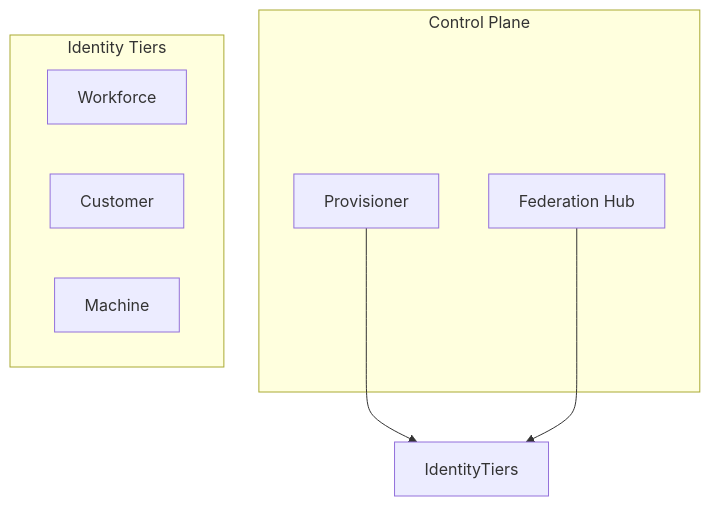
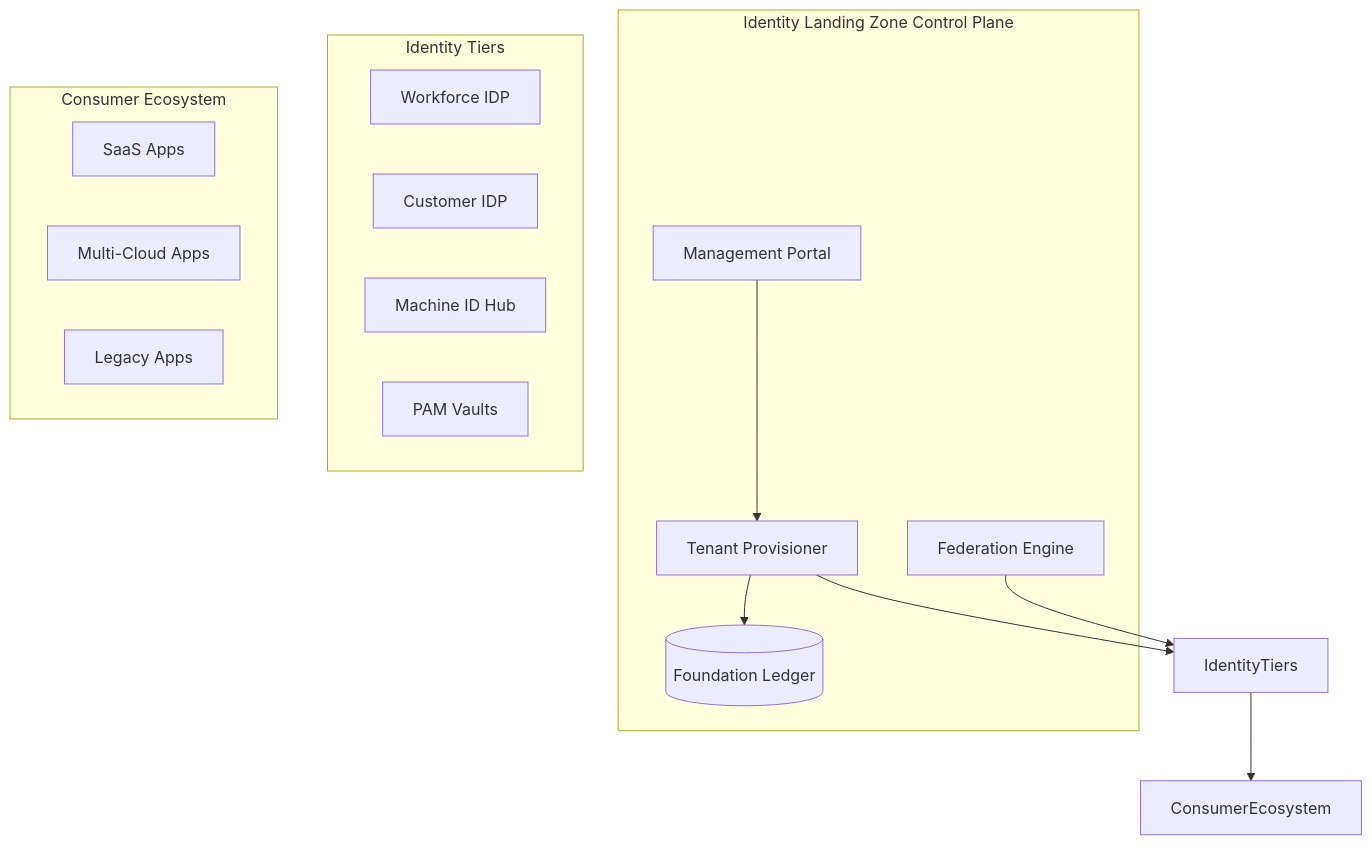
Before and after one commit to Devopstrio/identity-landingzone: the first of 30 diagrams in README.md, drawn with Mermaid. The commit also changed other lines of this file, not shown here.

Commit message:
docs: finalize premium institutional-grade README with 30+ diagrams and executive summary

````diff
--- a/README.md
+++ b/README.md
@@ -23,14 +59,28 @@
 ```mermaid
 graph TD
-    subgraph "Control Plane"
-        Prov[Provisioner]
-        Fed[Federation Hub]
+    subgraph "Identity Landing Zone Control Plane"
+        Portal[Management Portal]
+        Provisioner[Tenant Provisioner]
+        Federation[Federation Engine]
+        DB[(Foundation Ledger)]
     end
+
     subgraph "Identity Tiers"
-        Work[Workforce]
-        Cust[Customer]
-        Mach[Machine]
+        Workforce[Workforce IDP]
+        Customer[Customer IDP]
+        Machine[Machine ID Hub]
+        Privileged[PAM Vaults]
     end
-    Prov --> IdentityTiers
-    Fed --> IdentityTiers
+
+    subgraph "Consumer Ecosystem"
+        SaaS[SaaS Apps]
+        Cloud[Multi-Cloud Apps]
+        OnPrem[Legacy Apps]
+    end
+
+    Portal --> Provisioner
+    Provisioner --> IdentityTiers
+    Federation --> IdentityTiers
+    IdentityTiers --> ConsumerEcosystem
+    Provisioner --> DB
 ```
````
